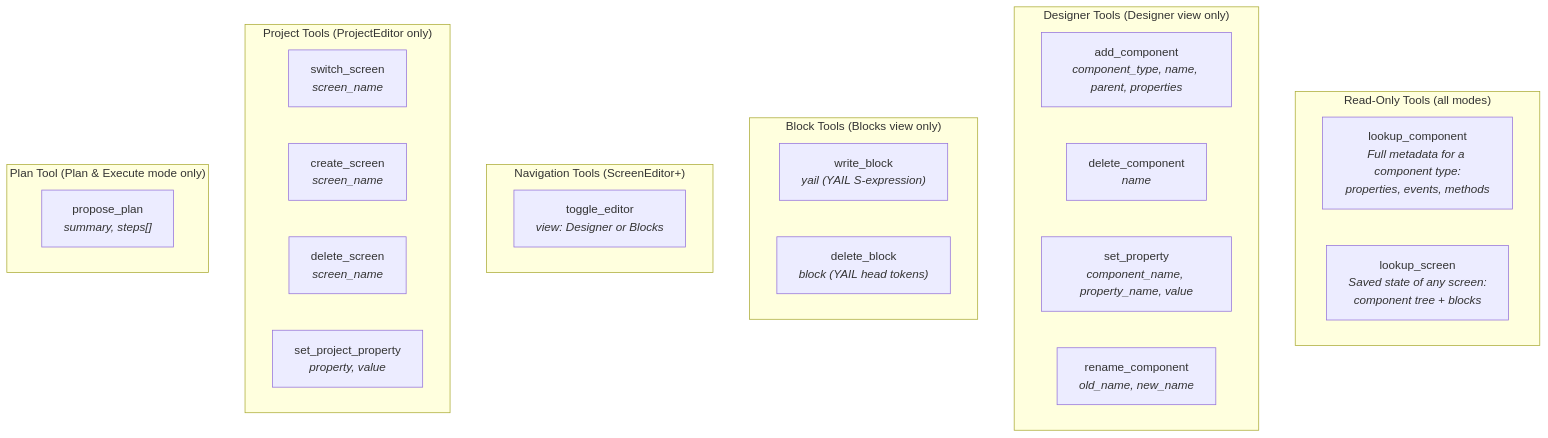
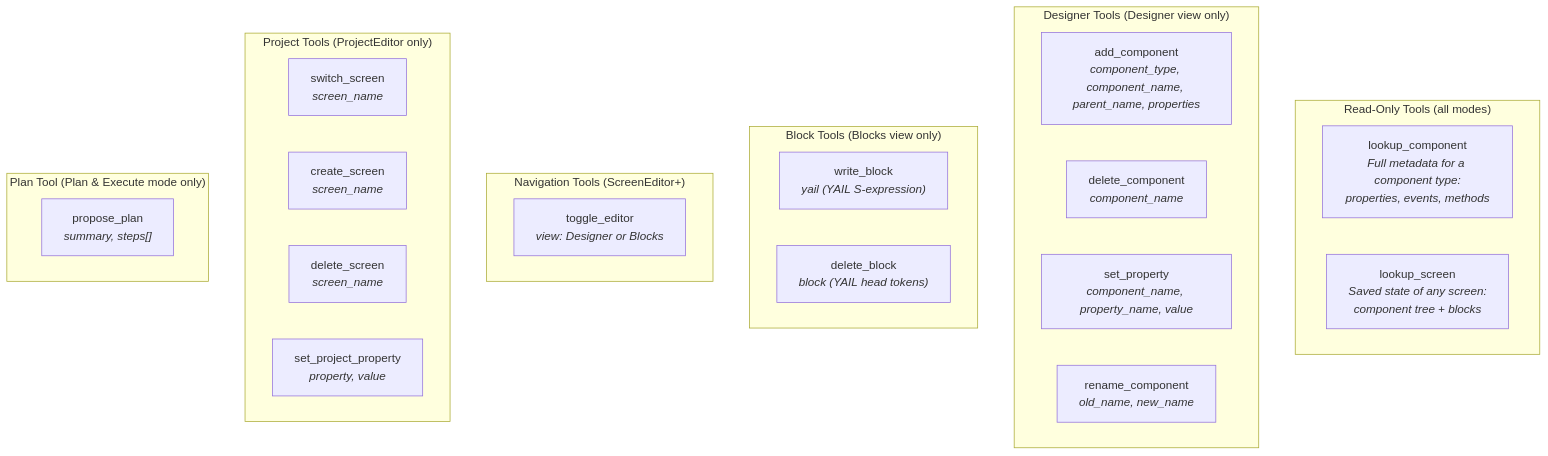
Before and after one commit to mit-cml/appinventor-sources: the third of 18 diagrams in CONTRIBUTING_AI.md, drawn with Mermaid. The commit also changed other lines of this file and 9 other files, not shown here.

````diff
--- a/CONTRIBUTING_AI.md
+++ b/CONTRIBUTING_AI.md
@@ -276,34 +276,34 @@
 ```mermaid
 flowchart TB
     subgraph "Read-Only Tools (all modes)"
         LC["lookup_component<br/><i>Full metadata for a component type:<br/>properties, events, methods</i>"]
         LS["lookup_screen<br/><i>Saved state of any screen:<br/>component tree + blocks</i>"]
     end
 
     subgraph "Designer Tools (Designer view only)"
-        AC["add_component<br/><i>component_type, name, parent, properties</i>"]
-        DC["delete_component<br/><i>name</i>"]
+        AC["add_component<br/><i>component_type, component_name, parent_name, properties</i>"]
+        DC["delete_component<br/><i>component_name</i>"]
         SP["set_property<br/><i>component_name, property_name, value</i>"]
         RC["rename_component<br/><i>old_name, new_name</i>"]
     end
 
     subgraph "Block Tools (Blocks view only)"
         WB["write_block<br/><i>yail (YAIL S-expression)</i>"]
         DB["delete_block<br/><i>block (YAIL head tokens)</i>"]
     end
 
     subgraph "Navigation Tools (ScreenEditor+)"
         TE["toggle_editor<br/><i>view: Designer or Blocks</i>"]
     end
 
     subgraph "Project Tools (ProjectEditor only)"
         SS["switch_screen<br/><i>screen_name</i>"]
         CS["create_screen<br/><i>screen_name</i>"]
         DS["delete_screen<br/><i>screen_name</i>"]
         SPP["set_project_property<br/><i>property, value</i>"]
     end
 
     subgraph "Plan Tool (Plan & Execute mode only)"
         PP["propose_plan<br/><i>summary, steps[]</i>"]
     end
 ```
````
